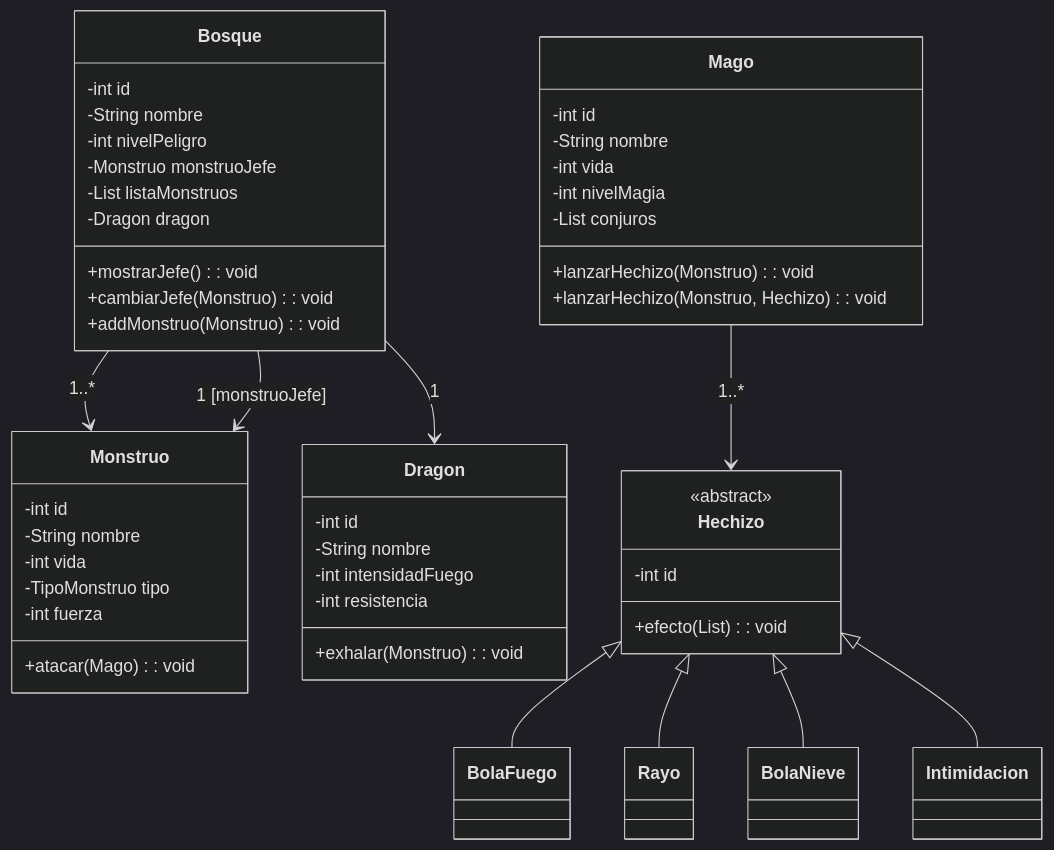
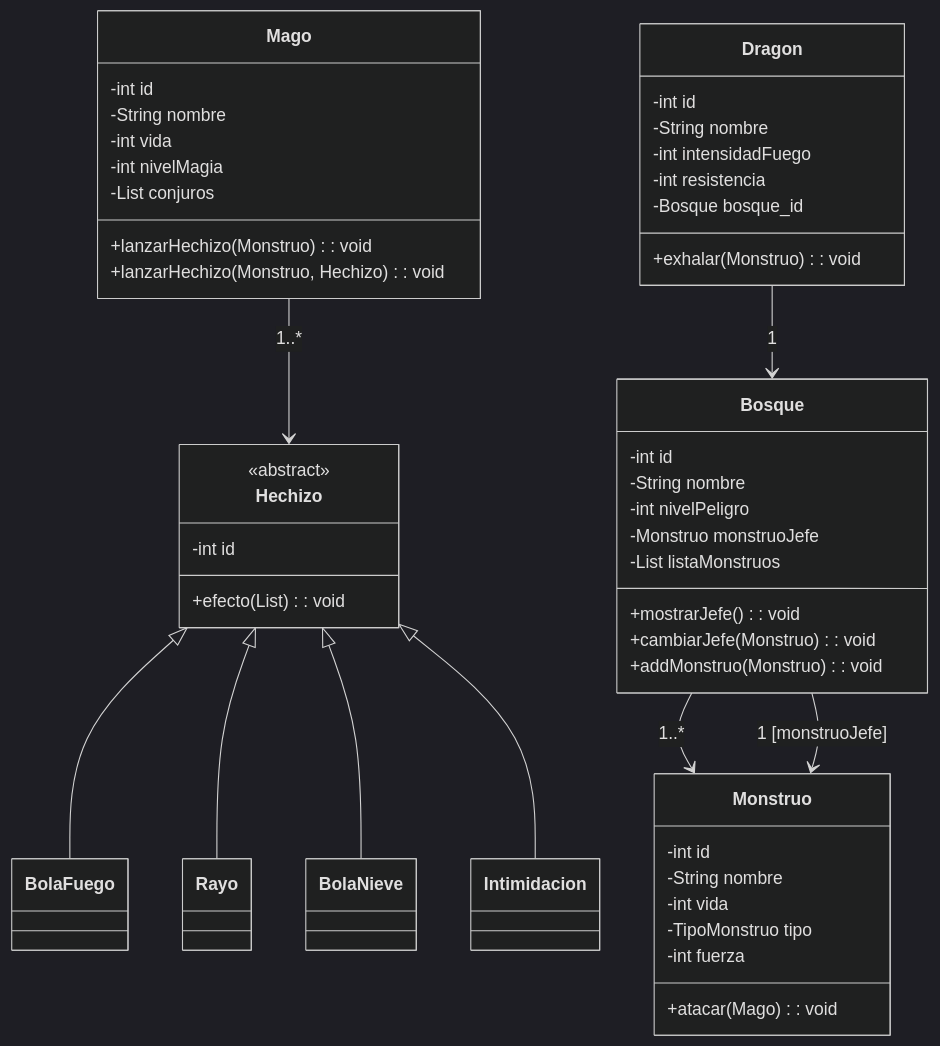
One commit to a19albertons/dragolandia changed the first of 2 diagrams in readme.md. Above: the diagram before and after it, drawn with Mermaid (dark theme). The commit also changed other lines of this file, not shown here.

Commit message:
Parcheo diagramas por cambio en relacion bosque-dragon

````diff
--- a/readme.md
+++ b/readme.md
@@ -17,61 +17,61 @@
 ``` mermaid
 classDiagram
 class Mago {
   -int id
   -String nombre
   -int vida
   -int nivelMagia
   -List<Hechizo> conjuros
   +lanzarHechizo(Monstruo) : void
   +lanzarHechizo(Monstruo, Hechizo) : void
 }
 
 class Monstruo {
   -int id
   -String nombre
   -int vida
   -TipoMonstruo tipo
   -int fuerza
   +atacar(Mago) : void
 }
 
 class Bosque {
   -int id
   -String nombre
   -int nivelPeligro
   -Monstruo monstruoJefe
   -List<Monstruo> listaMonstruos
-  -Dragon dragon
   +mostrarJefe() : void
   +cambiarJefe(Monstruo) : void
   +addMonstruo(Monstruo) : void
 }
 
 class Dragon {
   -int id
   -String nombre
   -int intensidadFuego
   -int resistencia
+  -Bosque bosque_id
   +exhalar(Monstruo) : void
 }
 
 class Hechizo {
   <<abstract>>
   -int id
   +efecto(List<Monstruo>) : void
 }
 
 class BolaFuego
 class Rayo
 class BolaNieve
 class Intimidacion
 
 Mago --> Hechizo : 1..*
 Bosque --> Monstruo : 1..*
 Bosque --> Monstruo : 1 [monstruoJefe]
-Bosque --> Dragon : 1
+Dragon --> Bosque : 1
 Hechizo <|-- BolaFuego
 Hechizo <|-- Rayo
 Hechizo <|-- BolaNieve
 Hechizo <|-- Intimidacion
 ``` 
````
